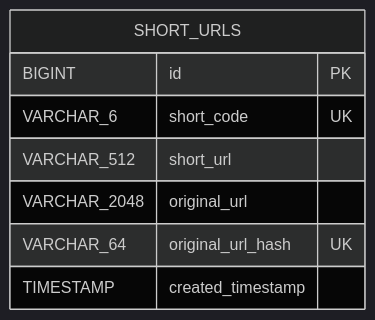
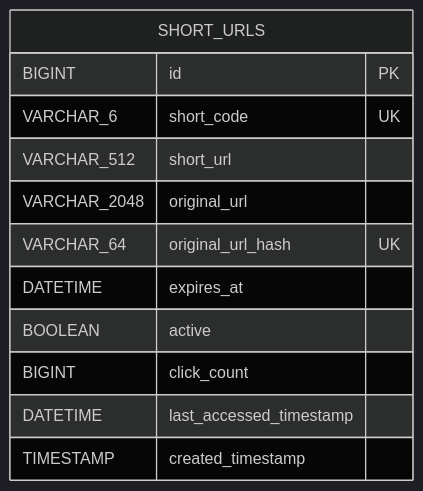
One commit to Kizi061/url_shortener changed the third of 5 diagrams in docs/SYSTEM_DESIGN.md. Above: the diagram before and after it, drawn with Mermaid (dark theme). The commit also changed other lines of this file and 14 other files, not shown here.

````diff
--- a/docs/SYSTEM_DESIGN.md
+++ b/docs/SYSTEM_DESIGN.md
@@ -152,11 +153,15 @@
 ```mermaid
 erDiagram
     SHORT_URLS {
         BIGINT id PK
         VARCHAR_6 short_code UK
         VARCHAR_512 short_url
         VARCHAR_2048 original_url
         VARCHAR_64 original_url_hash UK
+        DATETIME expires_at
+        BOOLEAN active
+        BIGINT click_count
+        DATETIME last_accessed_timestamp
         TIMESTAMP created_timestamp
     }
 ```
````
